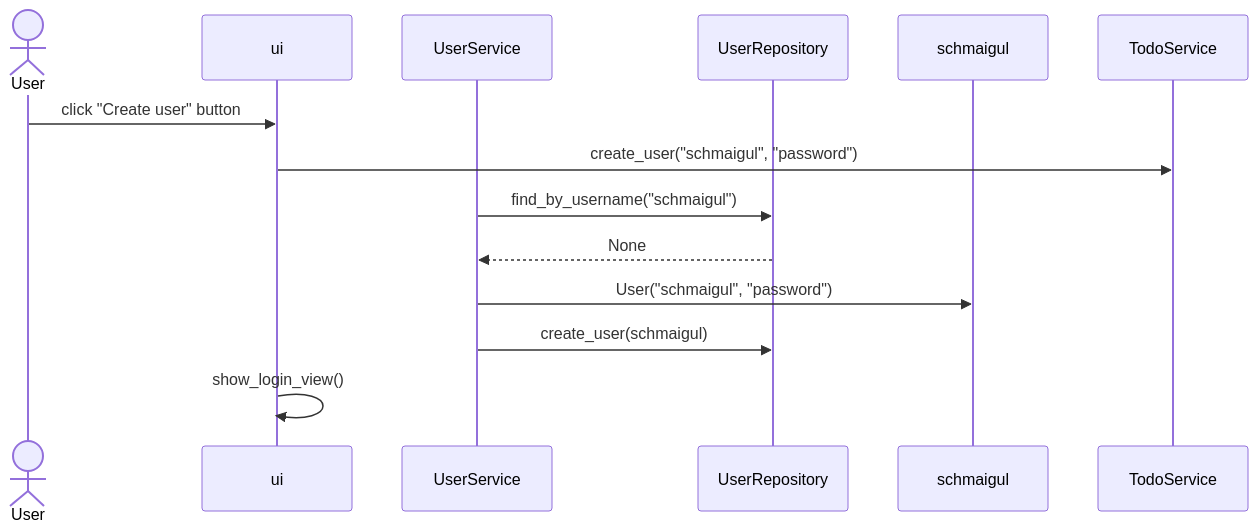
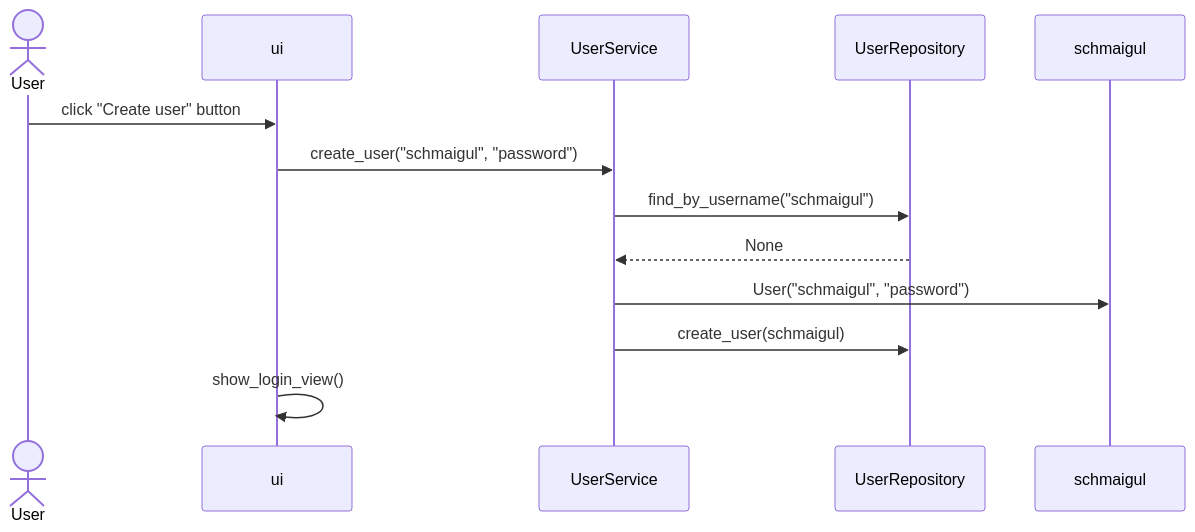
One commit to schmaigul/ot-harjoitusty- changed the second of 3 diagrams in dokumentaatio/arkkitehtuuri.md. Above: the diagram before and after it, drawn with Mermaid.

Commit message:
Fiexed sequence diagram

````diff
--- a/dokumentaatio/arkkitehtuuri.md
+++ b/dokumentaatio/arkkitehtuuri.md
@@ -85,15 +85,15 @@
 ```mermaid
 sequenceDiagram
   actor User
   participant ui
   participant UserService
   participant UserRepository
   participant schmaigul
   User->>ui: click "Create user" button
-  ui->>TodoService: create_user("schmaigul", "password")
+  ui->>UserService: create_user("schmaigul", "password")
   UserService->>UserRepository: find_by_username("schmaigul")
   UserRepository-->>UserService: None
   UserService->>schmaigul: User("schmaigul", "password")
   UserService->>UserRepository: create_user(schmaigul)
   ui->>ui: show_login_view()
 ```
````
